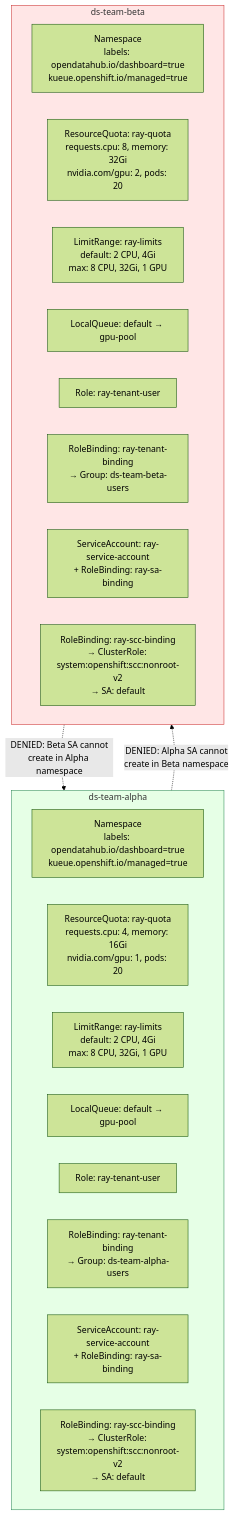
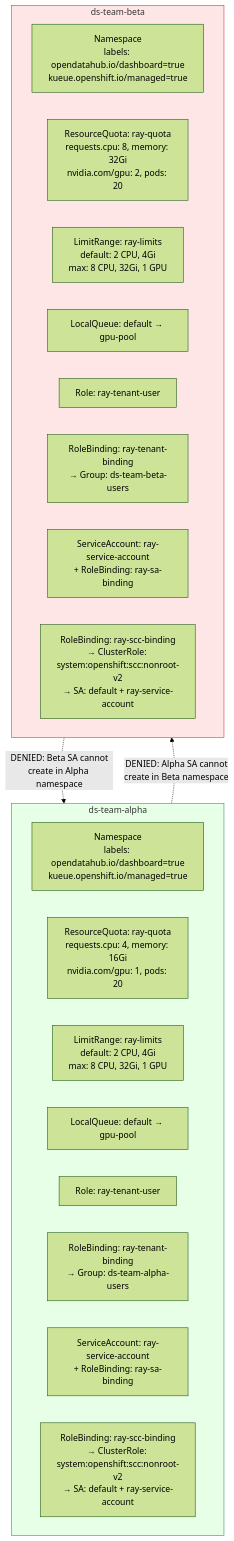
The eighth of 9 diagrams in docs/architecture.md (rrbanda/kray-ops), drawn with Mermaid (forest theme) before and after one commit. The commit also changed other lines of this file and 9 other files, not shown here.

````diff
--- a/docs/architecture.md
+++ b/docs/architecture.md
@@ -235,30 +235,30 @@
 ```mermaid
 graph TD
     subgraph alpha["ds-team-alpha"]
         A_NS["Namespace<br/>labels: opendatahub.io/dashboard=true<br/>kueue.openshift.io/managed=true"]
         A_RQ["ResourceQuota: ray-quota<br/>requests.cpu: 4, memory: 16Gi<br/>nvidia.com/gpu: 1, pods: 20"]
         A_LR["LimitRange: ray-limits<br/>default: 2 CPU, 4Gi<br/>max: 8 CPU, 32Gi, 1 GPU"]
         A_LQ["LocalQueue: default → gpu-pool"]
         A_ROLE["Role: ray-tenant-user"]
         A_RB["RoleBinding: ray-tenant-binding<br/>→ Group: ds-team-alpha-users"]
         A_SA["ServiceAccount: ray-service-account<br/>+ RoleBinding: ray-sa-binding"]
-        A_SCC["RoleBinding: ray-scc-binding<br/>→ ClusterRole: system:openshift:scc:nonroot-v2<br/>→ SA: default"]
+        A_SCC["RoleBinding: ray-scc-binding<br/>→ ClusterRole: system:openshift:scc:nonroot-v2<br/>→ SA: default + ray-service-account"]
     end
 
     subgraph beta["ds-team-beta"]
         B_NS["Namespace<br/>labels: opendatahub.io/dashboard=true<br/>kueue.openshift.io/managed=true"]
         B_RQ["ResourceQuota: ray-quota<br/>requests.cpu: 8, memory: 32Gi<br/>nvidia.com/gpu: 2, pods: 20"]
         B_LR["LimitRange: ray-limits<br/>default: 2 CPU, 4Gi<br/>max: 8 CPU, 32Gi, 1 GPU"]
         B_LQ["LocalQueue: default → gpu-pool"]
         B_ROLE["Role: ray-tenant-user"]
         B_RB["RoleBinding: ray-tenant-binding<br/>→ Group: ds-team-beta-users"]
         B_SA["ServiceAccount: ray-service-account<br/>+ RoleBinding: ray-sa-binding"]
-        B_SCC["RoleBinding: ray-scc-binding<br/>→ ClusterRole: system:openshift:scc:nonroot-v2<br/>→ SA: default"]
+        B_SCC["RoleBinding: ray-scc-binding<br/>→ ClusterRole: system:openshift:scc:nonroot-v2<br/>→ SA: default + ray-service-account"]
     end
 
     alpha -.->|"DENIED: Alpha SA cannot<br/>create in Beta namespace"| beta
     beta -.->|"DENIED: Beta SA cannot<br/>create in Alpha namespace"| alpha
 
     style alpha fill:#e6ffe6,stroke:#2e8b57
     style beta fill:#ffe6e6,stroke:#cc3333
 ```
````
